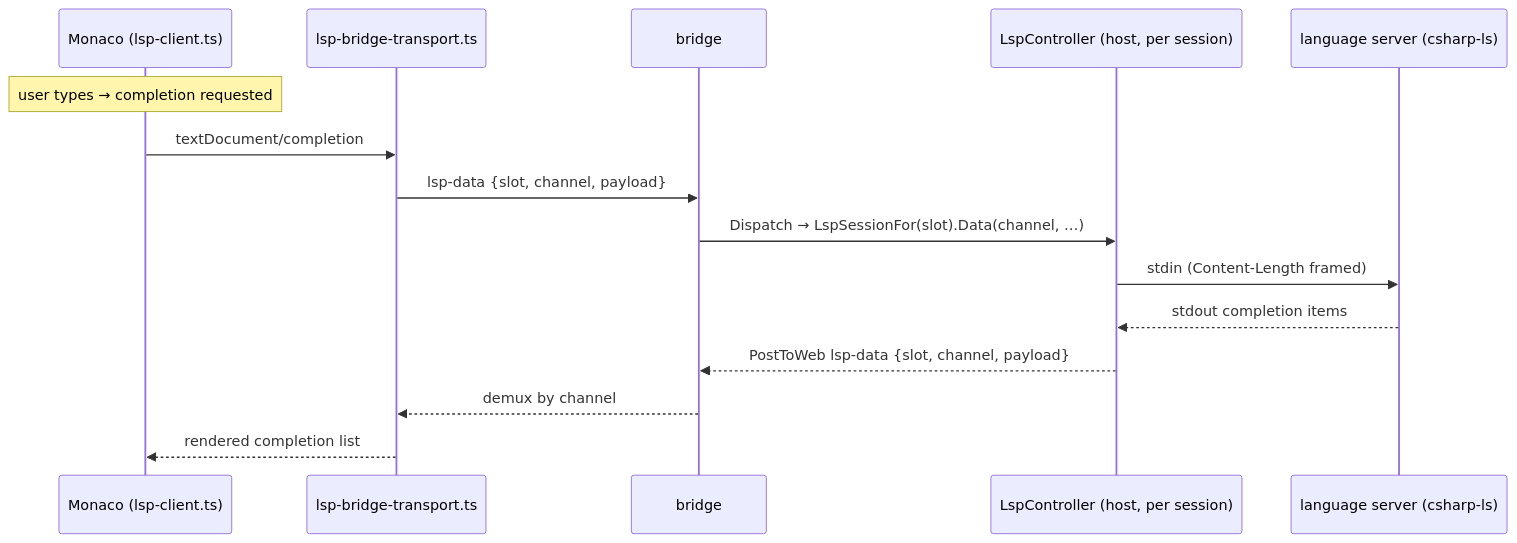
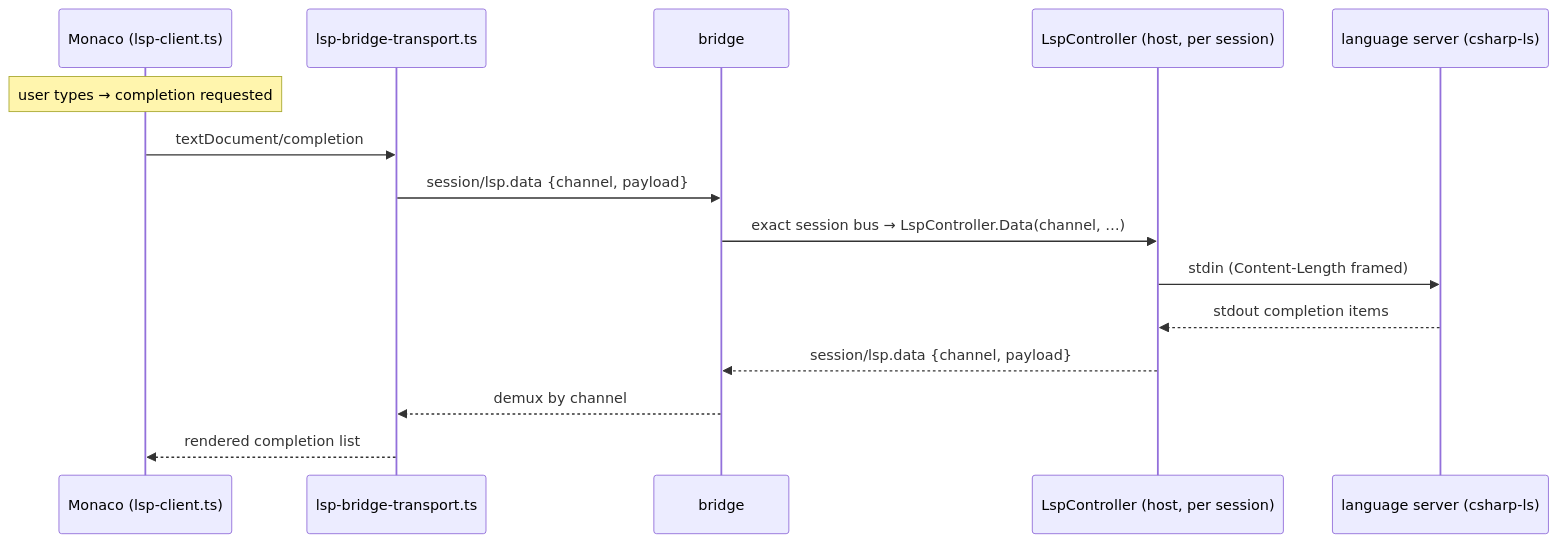
Before and after one commit to Kapps/weavie: the fifth of 6 diagrams in docs/concepts/architecture-overview.md, drawn with Mermaid. The commit also changed other lines of this file and 302 other files, not shown here.

````diff
--- a/docs/concepts/architecture-overview.md
+++ b/docs/concepts/architecture-overview.md
@@ -214,18 +221,18 @@
 ```mermaid
 sequenceDiagram
     participant M as Monaco (lsp-client.ts)
     participant T as lsp-bridge-transport.ts
     participant B as bridge
     participant LC as LspController (host, per session)
     participant LS as language server (csharp-ls)
 
     Note over M: user types → completion requested
     M->>T: textDocument/completion
-    T->>B: lsp-data {slot, channel, payload}
-    B->>LC: Dispatch → LspSessionFor(slot).Data(channel, …)
+    T->>B: session/lsp.data {channel, payload}
+    B->>LC: exact session bus → LspController.Data(channel, …)
     LC->>LS: stdin (Content-Length framed)
     LS-->>LC: stdout completion items
-    LC-->>B: PostToWeb lsp-data {slot, channel, payload}
+    LC-->>B: session/lsp.data {channel, payload}
     B-->>T: demux by channel
     T-->>M: rendered completion list
 ```
````
